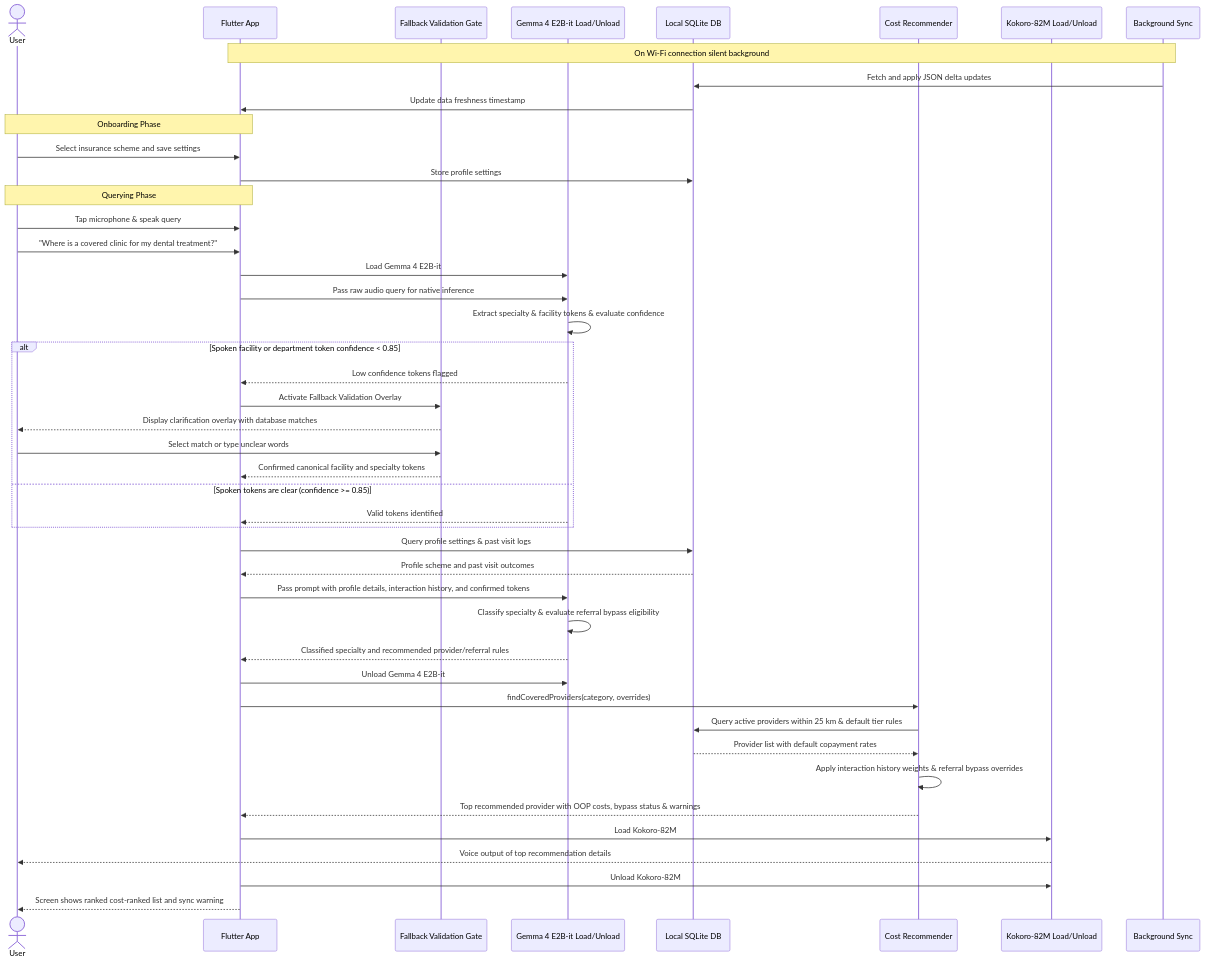
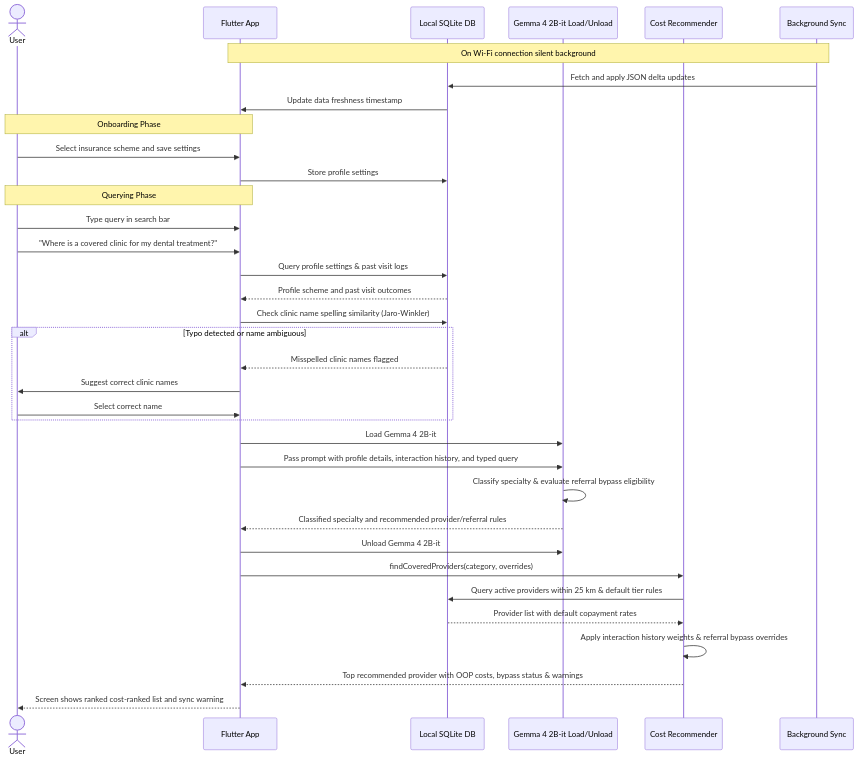
Diagram 11 of 11 in proposal.md (tuyishimejeandamour/capstone), drawn with Mermaid before and after one commit. The commit also changed other lines of this file and 52 other files, not shown here.

Commit message:
Update project dependencies, enhance database schema for hospitals, and improve location-based hospital recommendations in the app.

````diff
--- a/proposal.md
+++ b/proposal.md
@@ -836,51 +791,41 @@
 ```mermaid
 sequenceDiagram
     actor User
     participant App as Flutter App
-    participant PRE as Fallback Validation Gate
-    participant LLM as Gemma 4 E2B-it Load/Unload
     participant DB as Local SQLite DB
+    participant LLM as Gemma 4 2B-it Load/Unload
     participant COST as Cost Recommender
-    participant TTS as Kokoro-82M Load/Unload
     participant SYNC as Background Sync
  
     Note over App,SYNC: On Wi-Fi connection silent background
     SYNC->>DB: Fetch and apply JSON delta updates
     DB->>App: Update data freshness timestamp
  
     Note over User,App: Onboarding Phase
     User->>App: Select insurance scheme and save settings
     App->>DB: Store profile settings
   
     Note over User,App: Querying Phase
-    User->>App: Tap microphone & speak query
+    User->>App: Type query in search bar
     User->>App: "Where is a covered clinic for my dental treatment?"
-    App->>LLM: Load Gemma 4 E2B-it
-    App->>LLM: Pass raw audio query for native inference
-    LLM->>LLM: Extract specialty & facility tokens & evaluate confidence
-    alt Spoken facility or department token confidence < 0.85
-        LLM-->>App: Low confidence tokens flagged
-        App->>PRE: Activate Fallback Validation Overlay
-        PRE-->>User: Display clarification overlay with database matches
-        User->>PRE: Select match or type unclear words
-        PRE-->>App: Confirmed canonical facility and specialty tokens
-    else Spoken tokens are clear (confidence >= 0.85)
-        LLM-->>App: Valid tokens identified
-    end
     App->>DB: Query profile settings & past visit logs
     DB-->>App: Profile scheme and past visit outcomes
-    App->>LLM: Pass prompt with profile details, interaction history, and confirmed tokens
+    App->>DB: Check clinic name spelling similarity (Jaro-Winkler)
+    alt Typo detected or name ambiguous
+        DB-->>App: Misspelled clinic names flagged
+        App->>User: Suggest correct clinic names
+        User->>App: Select correct name
+    end
+    App->>LLM: Load Gemma 4 2B-it
+    App->>LLM: Pass prompt with profile details, interaction history, and typed query
     LLM->>LLM: Classify specialty & evaluate referral bypass eligibility
     LLM-->>App: Classified specialty and recommended provider/referral rules
-    App->>LLM: Unload Gemma 4 E2B-it
+    App->>LLM: Unload Gemma 4 2B-it
  
     App->>COST: findCoveredProviders(category, overrides)
     COST->>DB: Query active providers within 25 km & default tier rules
     DB-->>COST: Provider list with default copayment rates
     COST->>COST: Apply interaction history weights & referral bypass overrides
     COST-->>App: Top recommended provider with OOP costs, bypass status & warnings
-    App->>TTS: Load Kokoro-82M
-    TTS-->>User: Voice output of top recommendation details
-    App->>TTS: Unload Kokoro-82M
     App-->>User: Screen shows ranked cost-ranked list and sync warning
 ```
````
